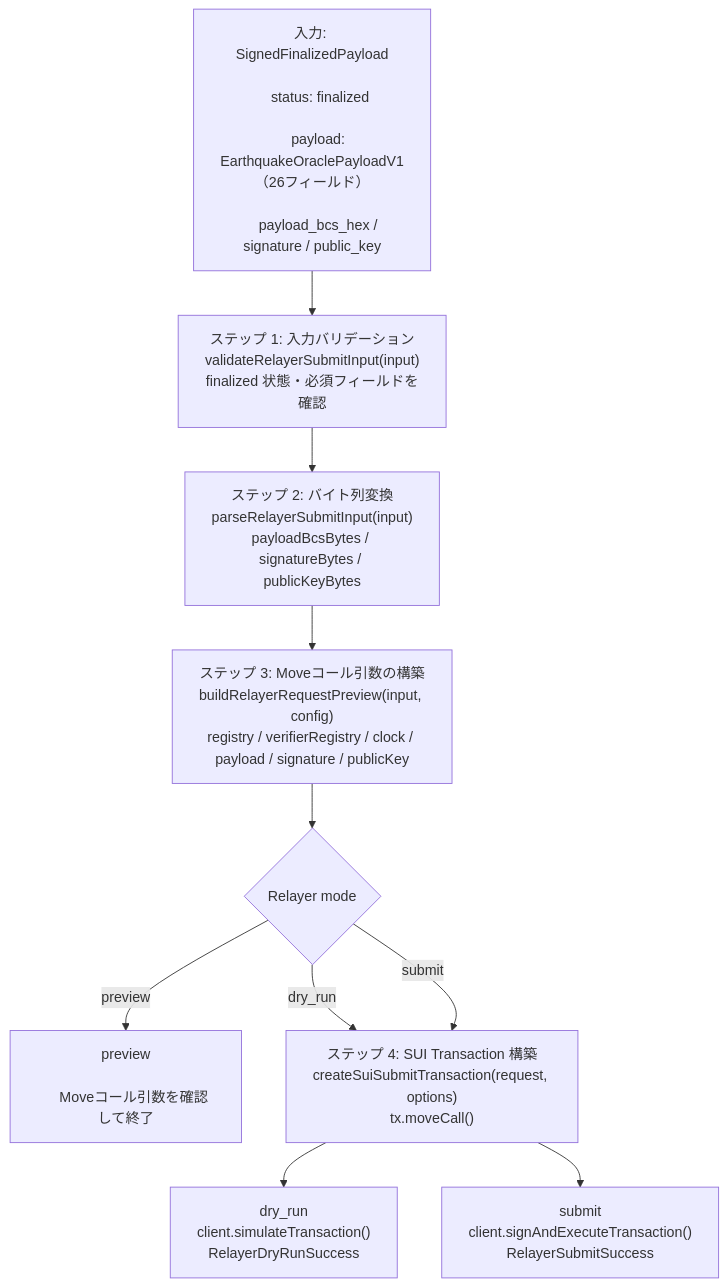
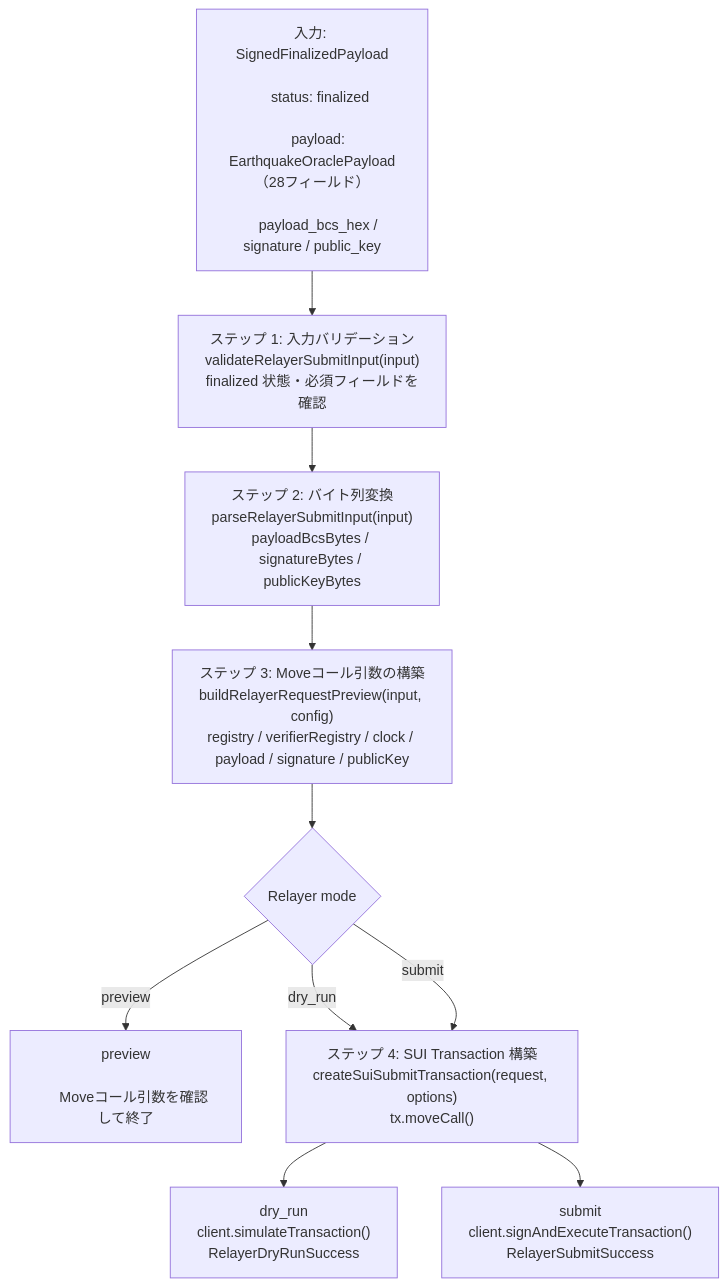
The diagram in nautilus/verifiers/earthquake/relayer/README.md (UnagiLabs/Sonari), drawn with Mermaid before and after one commit. The commit also changed 18 other files, not shown here.

````diff
--- a/nautilus/verifiers/earthquake/relayer/README.md
+++ b/nautilus/verifiers/earthquake/relayer/README.md
@@ -27,33 +27,33 @@
 ```mermaid
 flowchart TD
   input[
     入力: SignedFinalizedPayload<br/>
     status: finalized<br/>
-    payload: EarthquakeOraclePayloadV1（26フィールド）<br/>
+    payload: EarthquakeOraclePayload（28フィールド）<br/>
     payload_bcs_hex / signature / public_key
   ]
 
   validate["ステップ 1: 入力バリデーション<br/>validateRelayerSubmitInput(input)<br/>finalized 状態・必須フィールドを確認"]
 
   parse["ステップ 2: バイト列変換<br/>parseRelayerSubmitInput(input)<br/>payloadBcsBytes / signatureBytes / publicKeyBytes"]
 
   preview["ステップ 3: Moveコール引数の構築<br/>buildRelayerRequestPreview(input, config)<br/>registry / verifierRegistry / clock / payload / signature / publicKey"]
 
   mode{Relayer mode}
 
   previewOnly[
     preview<br/>
     Moveコール引数を確認して終了
   ]
 
   tx["ステップ 4: SUI Transaction 構築<br/>createSuiSubmitTransaction(request, options)<br/>tx.moveCall()"]
 
   dryRun["dry_run<br/>client.simulateTransaction()<br/>RelayerDryRunSuccess"]
 
   submit["submit<br/>client.signAndExecuteTransaction()<br/>RelayerSubmitSuccess"]
 
   input --> validate --> parse --> preview --> mode
   mode -->|preview| previewOnly
   mode -->|dry_run| tx --> dryRun
   mode -->|submit| tx --> submit
 ```
````
